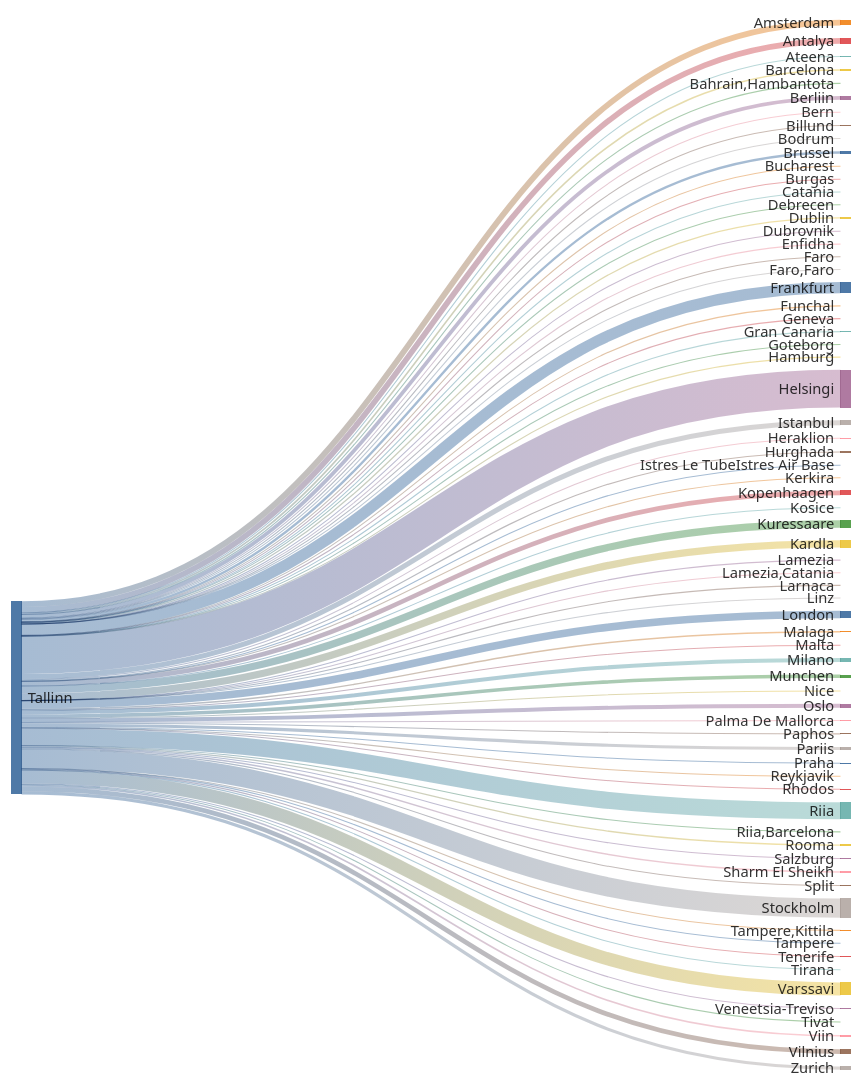
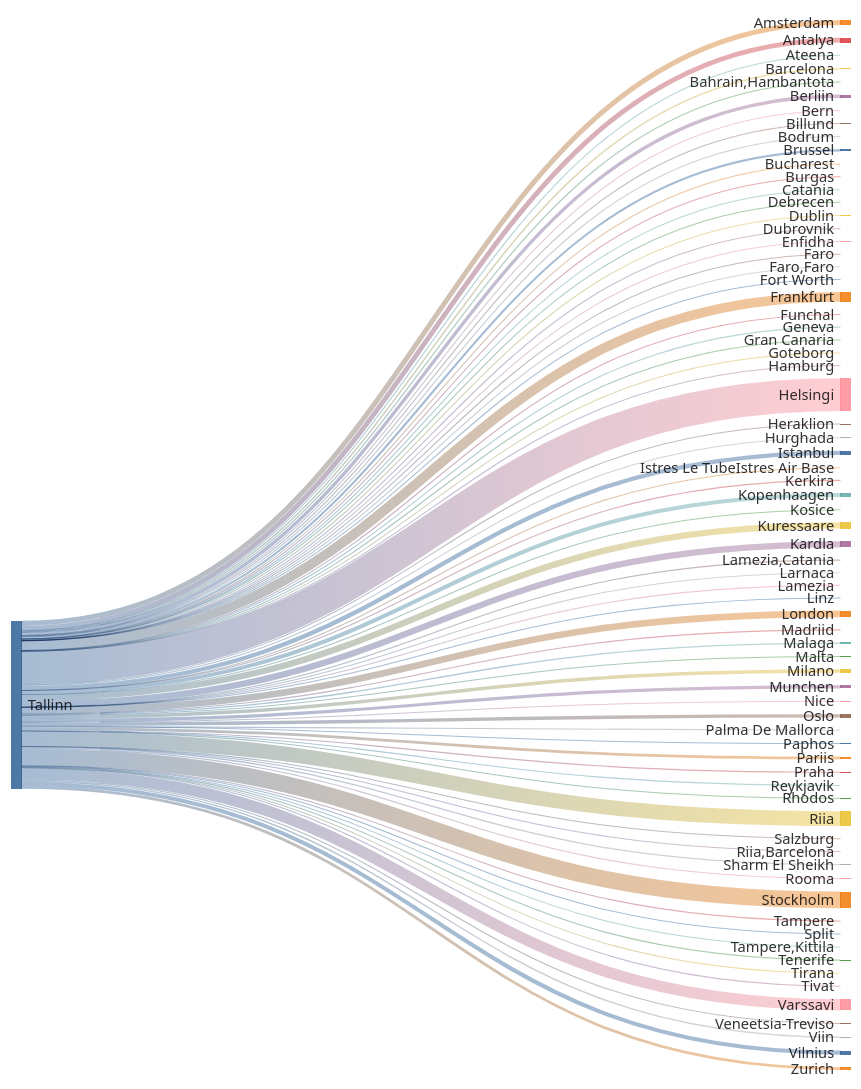
One commit to rainermesi/tll-airport-departures changed the second of 2 diagrams in README.md. Above: the diagram before and after it, drawn with Mermaid. The commit also changed other lines of this file and 1 other file, not shown here.

````diff
--- a/README.md
+++ b/README.md
@@ -34,82 +34,84 @@
 ```mermaid
 ---
 config:
   sankey:
     showValues: false
     width: 800
     height: 1000
 ---
 sankey-beta
 %% source,target,value
-Tallinn,Amsterdam,369
-Tallinn,Antalya,357
+Tallinn,Amsterdam,371
+Tallinn,Antalya,359
 Tallinn,Ateena,16
 Tallinn,"Bahrain,Hambantota",1
 Tallinn,Barcelona,103
-Tallinn,Berliin,240
+Tallinn,Berliin,242
 Tallinn,Bern,1
 Tallinn,Billund,61
 Tallinn,Bodrum,11
-Tallinn,Brussel,154
+Tallinn,Brussel,155
 Tallinn,Bucharest,1
 Tallinn,Burgas,35
 Tallinn,Catania,2
 Tallinn,Debrecen,1
-Tallinn,Dublin,78
+Tallinn,Dublin,79
 Tallinn,Dubrovnik,21
 Tallinn,Enfidha,7
 Tallinn,Faro,4
 Tallinn,"Faro,Faro",1
-Tallinn,Frankfurt,714
+Tallinn,Fort Worth,1
+Tallinn,Frankfurt,717
 Tallinn,Funchal,5
 Tallinn,Geneva,13
 Tallinn,Gran Canaria,38
 Tallinn,Goteborg,1
 Tallinn,Hamburg,2
-Tallinn,Helsingi,2411
-Tallinn,Heraklion,67
+Tallinn,Helsingi,2420
+Tallinn,Heraklion,68
 Tallinn,Hurghada,75
-Tallinn,Istanbul,320
+Tallinn,Istanbul,321
 Tallinn,Istres Le TubeIstres Air Base,2
 Tallinn,Kerkira,4
-Tallinn,Kopenhaagen,298
+Tallinn,Kopenhaagen,299
 Tallinn,Kosice,1
-Tallinn,Kuressaare,464
-Tallinn,Kardla,464
+Tallinn,Kuressaare,465
+Tallinn,Kardla,465
 Tallinn,Lamezia,1
 Tallinn,"Lamezia,Catania",3
 Tallinn,Larnaca,4
 Tallinn,Linz,2
-Tallinn,London,488
+Tallinn,London,490
+Tallinn,Madriid,1
 Tallinn,Malaga,95
 Tallinn,Malta,21
-Tallinn,Milano,255
-Tallinn,Munchen,228
-Tallinn,Nice,35
-Tallinn,Oslo,250
+Tallinn,Milano,256
+Tallinn,Munchen,229
+Tallinn,Nice,36
+Tallinn,Oslo,252
 Tallinn,Palma De Mallorca,25
 Tallinn,Paphos,66
-Tallinn,Pariis,200
-Tallinn,Praha,63
+Tallinn,Pariis,201
+Tallinn,Praha,64
 Tallinn,Reykjavik,4
 Tallinn,Rhodos,43
-Tallinn,Riia,1086
+Tallinn,Riia,1090
 Tallinn,"Riia,Barcelona",1
 Tallinn,Rooma,80
 Tallinn,Salzburg,14
-Tallinn,Sharm El Sheikh,95
-Tallinn,Split,36
-Tallinn,Stockholm,1227
+Tallinn,Sharm El Sheikh,96
+Tallinn,Split,37
+Tallinn,Stockholm,1231
 Tallinn,Tampere,17
 Tallinn,"Tampere,Kittila",21
 Tallinn,Tenerife,58
 Tallinn,Tirana,16
-Tallinn,Tivat,41
-Tallinn,Varssavi,834
+Tallinn,Tivat,42
+Tallinn,Varssavi,838
 Tallinn,Veneetsia-Treviso,67
 Tallinn,Viin,106
-Tallinn,Vilnius,298
-Tallinn,Zurich,206
+Tallinn,Vilnius,299
+Tallinn,Zurich,207
 
 
 ```
````
